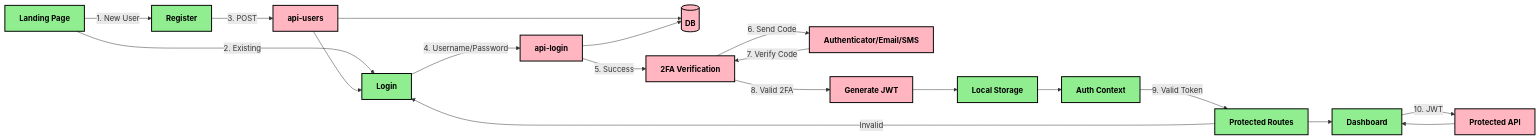
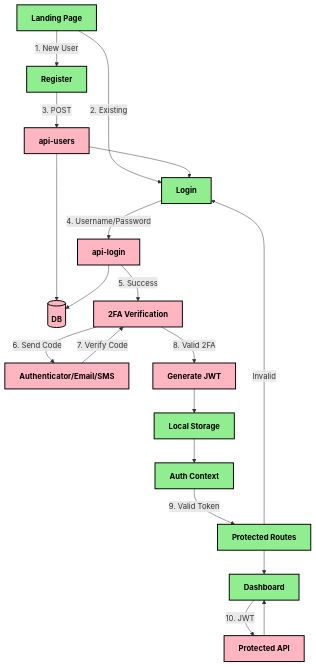
Before and after one commit to hive-helsinki-projects/ft_transcendence: the second of 4 diagrams in README.md, drawn with Mermaid.

Commit message:
Update mermaid diagram orientation in README for improved clarity

````diff
--- a/README.md
+++ b/README.md
@@ -97,37 +97,37 @@
 ```mermaid
-graph LR
+graph TD
     %% Entry Points
     LP[Landing Page]-->|1. New User|RF[Register]
     LP-->|2. Existing|LF[Login]
 
     %% First Factor
     RF-->|3. POST|REG[api-users]
     REG-->DB[(DB)]
     REG-->LF
     LF-->|4. Username/Password|LOGIN[api-login]
     LOGIN-->DB
 
     %% 2FA Step
     LOGIN-->|5. Success|TFA[2FA Verification]
     TFA-->|6. Send Code|AUTH2[Authenticator/Email/SMS]
     AUTH2-->|7. Verify Code|TFA
     
     %% JWT Issue
     TFA-->|8. Valid 2FA|TOKEN[Generate JWT]
     TOKEN-->LS[Local Storage]
     LS-->AUTHCTX[Auth Context]
 
     %% Protected Routes
     AUTHCTX-->|9. Valid Token|PROT[Protected Routes]
     PROT-->DASH[Dashboard]
     PROT-->|Invalid|LF
     
     %% API Calls
     DASH-->|10. JWT|API[Protected API]
     API-->DASH
 
     classDef frontend fill:#90EE90,stroke:#000,stroke-width:2px,color:#000,font-weight:bold
     classDef backend fill:#FFB6C1,stroke:#000,stroke-width:2px,color:#000,font-weight:bold
     class LP,RF,LF,LS,AUTHCTX,PROT,DASH frontend
     class REG,LOGIN,DB,TFA,TOKEN,AUTH2,API backend
 ```
````
